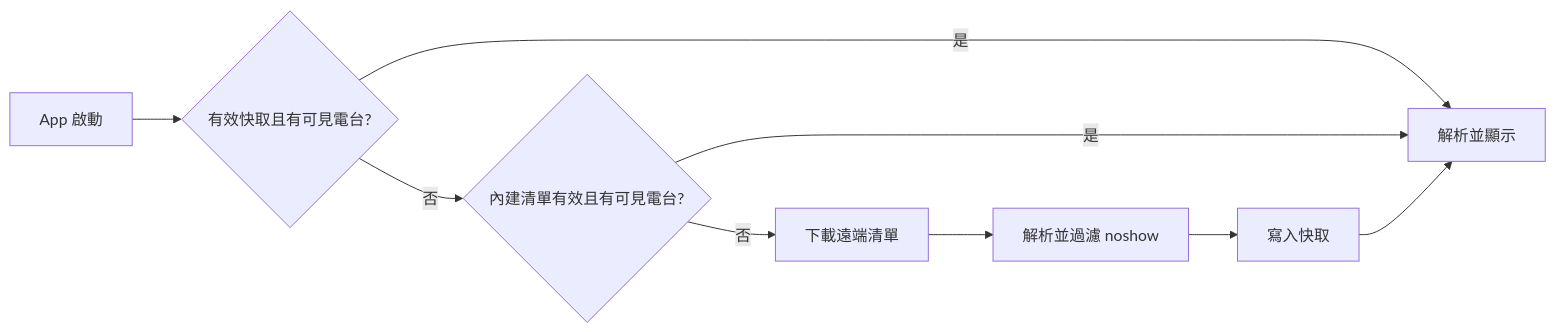
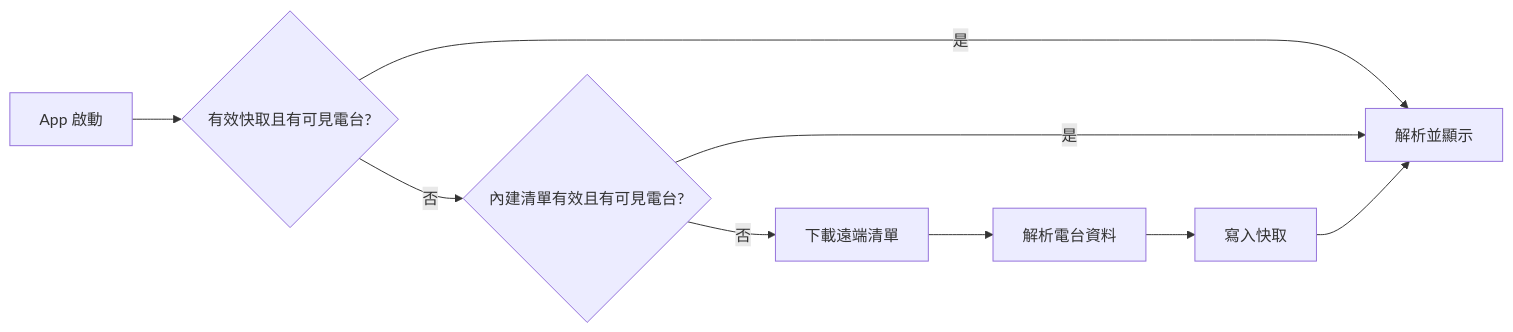
The second of 2 diagrams in docs/ARCHITECTURE.md (mark216tw/mini-taiwan-radio), drawn with Mermaid before and after one commit. The commit also changed other lines of this file and 14 other files, not shown here.

````diff
--- a/docs/ARCHITECTURE.md
+++ b/docs/ARCHITECTURE.md
@@ -81,11 +81,11 @@
 ```mermaid
 flowchart LR
     Start[App 啟動] --> Cache{有效快取且有可見電台?}
     Cache -->|是| Show[解析並顯示]
     Cache -->|否| Assets{內建清單有效且有可見電台?}
     Assets -->|是| Show
     Assets -->|否| Download[下載遠端清單]
-    Download --> Parse[解析並過濾 noshow]
+    Download --> Parse[解析電台資料]
     Parse --> Save[寫入快取]
     Save --> Show
 ```
````
